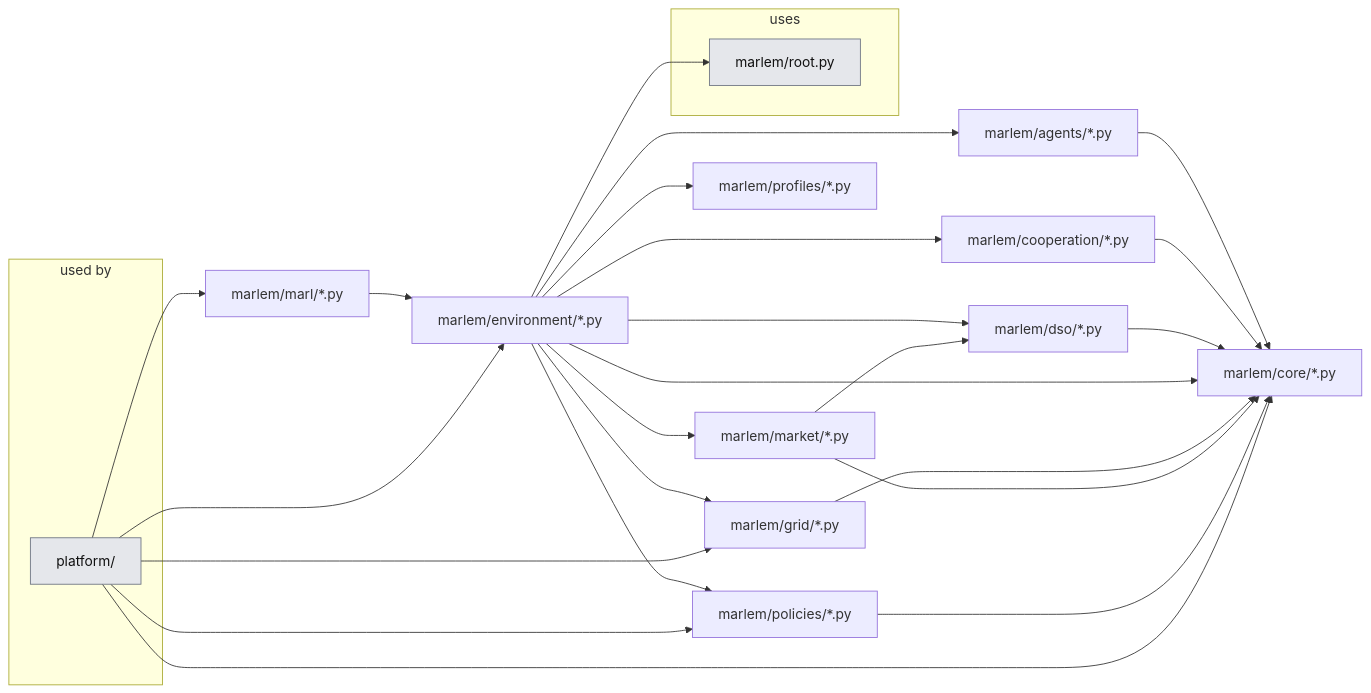
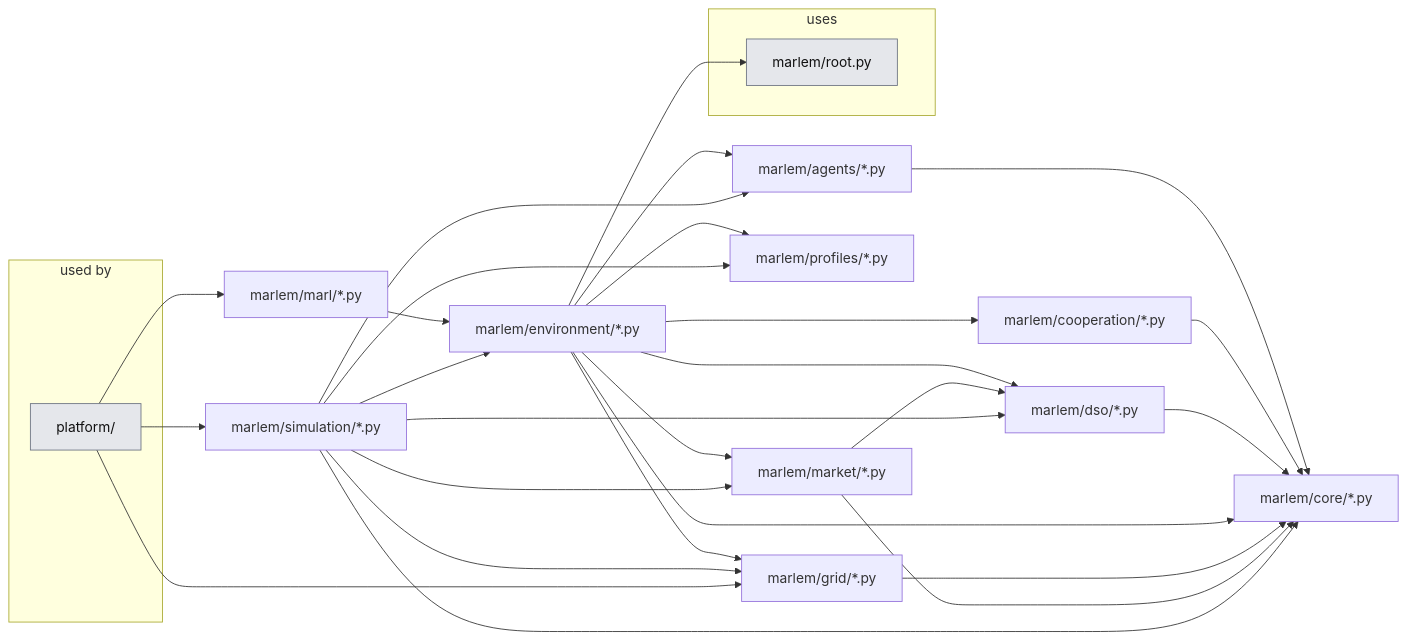
One commit to KevinRapo/P2P-thesis changed the third of 3 diagrams in docs_thesis/thesis/architecture/README.md. Above: the diagram before and after it, drawn with Mermaid. The commit also changed other lines of this file and 36 other files, not shown here.

First line of the commit message:
refactor(simulation): one marlem/simulation package for playing a day

````diff
--- a/docs_thesis/thesis/architecture/README.md
+++ b/docs_thesis/thesis/architecture/README.md
@@ -149,42 +149,45 @@
 ```mermaid
 flowchart LR
   subgraph USERS["used by"]
     n_platform__users_["platform/"]:::ext
   end
   n_marlem_agents__["marlem/agents/*.py"]
   n_marlem_cooperation__["marlem/cooperation/*.py"]
   n_marlem_core__["marlem/core/*.py"]
   n_marlem_dso__["marlem/dso/*.py"]
   n_marlem_environment__["marlem/environment/*.py"]
   n_marlem_grid__["marlem/grid/*.py"]
   n_marlem_market__["marlem/market/*.py"]
   n_marlem_marl__["marlem/marl/*.py"]
-  n_marlem_policies__["marlem/policies/*.py"]
   n_marlem_profiles__["marlem/profiles/*.py"]
+  n_marlem_simulation__["marlem/simulation/*.py"]
   subgraph USES["uses"]
     n_marlem_root["marlem/root.py"]:::ext
   end
   n_marlem_agents__ --> n_marlem_core__
   n_marlem_cooperation__ --> n_marlem_core__
   n_marlem_dso__ --> n_marlem_core__
   n_marlem_environment__ --> n_marlem_agents__
   n_marlem_environment__ --> n_marlem_cooperation__
   n_marlem_environment__ --> n_marlem_core__
   n_marlem_environment__ --> n_marlem_dso__
   n_marlem_environment__ --> n_marlem_grid__
   n_marlem_environment__ --> n_marlem_market__
-  n_marlem_environment__ --> n_marlem_policies__
   n_marlem_environment__ --> n_marlem_profiles__
   n_marlem_environment__ --> n_marlem_root
   n_marlem_grid__ --> n_marlem_core__
   n_marlem_market__ --> n_marlem_core__
   n_marlem_market__ --> n_marlem_dso__
   n_marlem_marl__ --> n_marlem_environment__
-  n_marlem_policies__ --> n_marlem_core__
-  n_platform__users_ --> n_marlem_core__
-  n_platform__users_ --> n_marlem_environment__
+  n_marlem_simulation__ --> n_marlem_agents__
+  n_marlem_simulation__ --> n_marlem_core__
+  n_marlem_simulation__ --> n_marlem_dso__
+  n_marlem_simulation__ --> n_marlem_environment__
+  n_marlem_simulation__ --> n_marlem_grid__
+  n_marlem_simulation__ --> n_marlem_market__
+  n_marlem_simulation__ --> n_marlem_profiles__
   n_platform__users_ --> n_marlem_grid__
   n_platform__users_ --> n_marlem_marl__
-  n_platform__users_ --> n_marlem_policies__
+  n_platform__users_ --> n_marlem_simulation__
   classDef ext fill:#e5e7eb,stroke:#6b7280,color:#111
 ```
````
